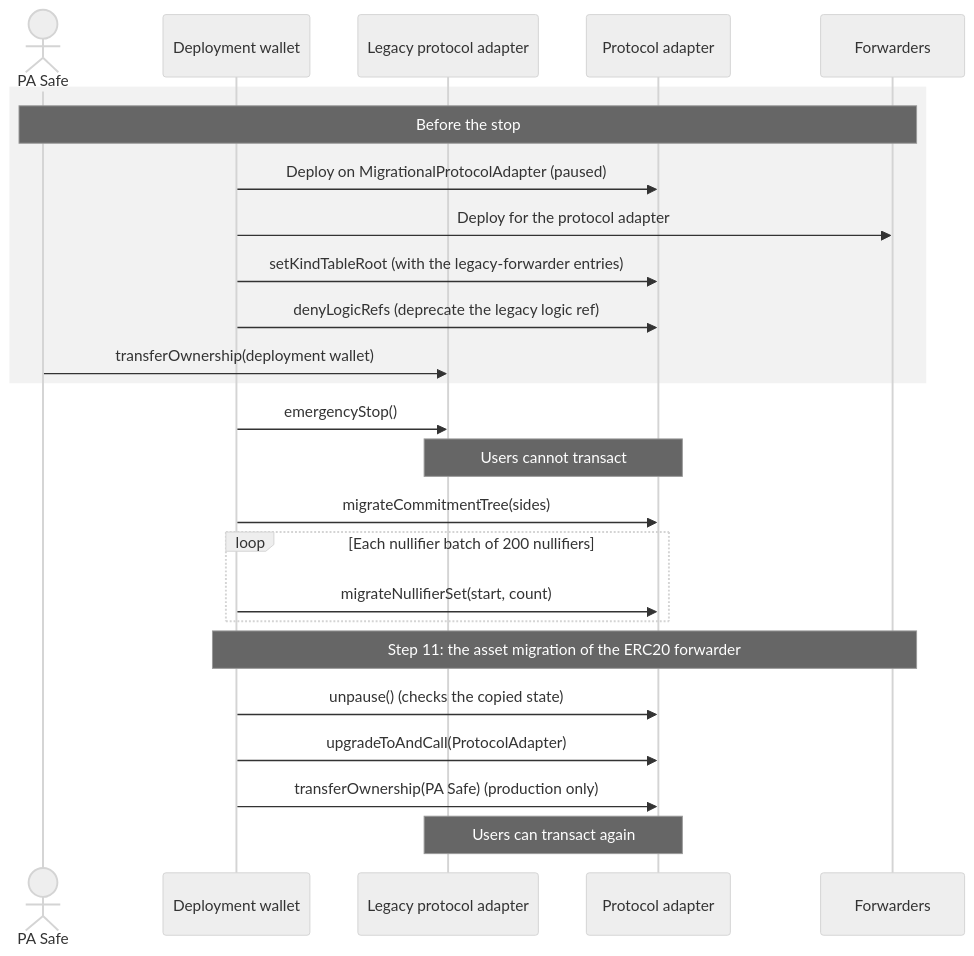
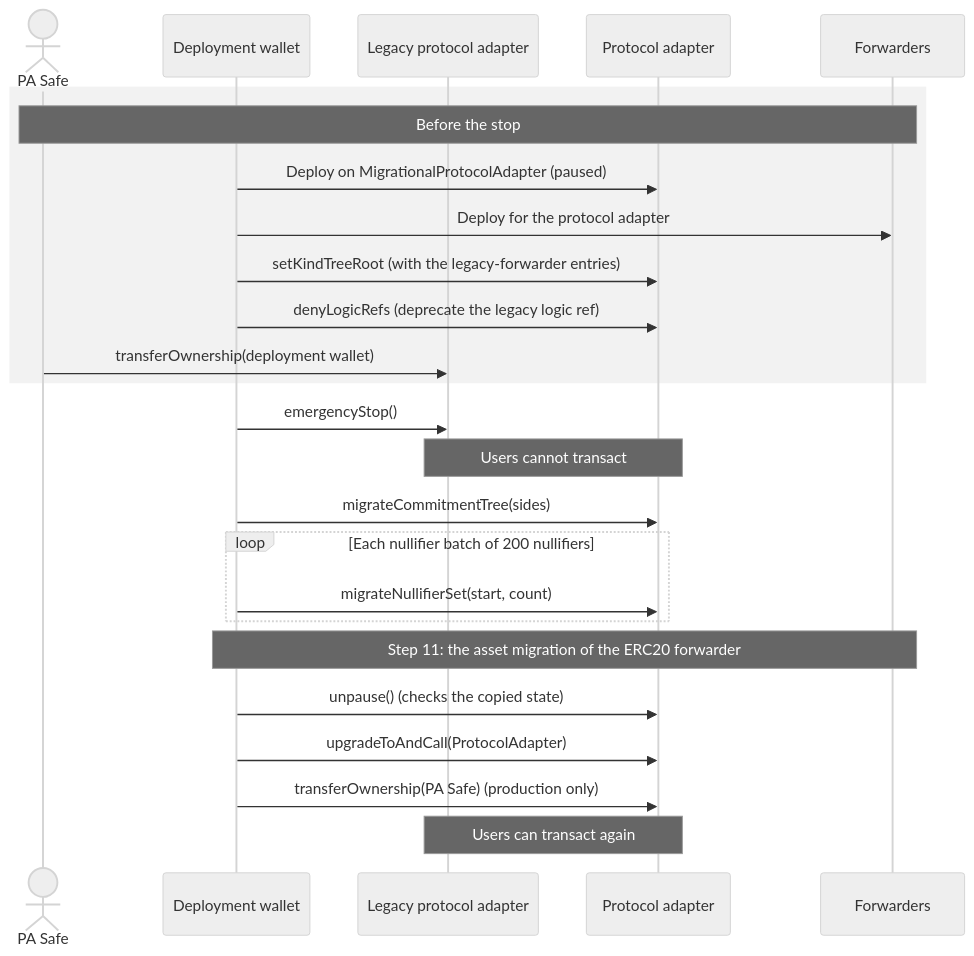
One commit to anoma/pa-evm changed the second of 3 diagrams in docs/01-state-migration.md. Above: the diagram before and after it, drawn with Mermaid (neutral theme). The commit also changed other lines of this file and 3 other files, not shown here.

Commit message:
docs: use the kind tree root names

````diff
--- a/docs/01-state-migration.md
+++ b/docs/01-state-migration.md
@@ -96,29 +96,29 @@
 ```mermaid
 sequenceDiagram
     actor PASafe as PA Safe
     participant Wallet as Deployment wallet
     participant Legacy as Legacy protocol adapter
     participant Proxy as Protocol adapter
     participant Fwd as Forwarders
 
     rect rgba(128,128,128,0.1)
     Note over PASafe,Fwd: Before the stop
     Wallet->>Proxy: Deploy on MigrationalProtocolAdapter (paused)
     Wallet->>Fwd: Deploy for the protocol adapter
-    Wallet->>Proxy: setKindTableRoot (with the legacy-forwarder entries)
+    Wallet->>Proxy: setKindTreeRoot (with the legacy-forwarder entries)
     Wallet->>Proxy: denyLogicRefs (deprecate the legacy logic ref)
     PASafe->>Legacy: transferOwnership(deployment wallet)
     end
 
     Wallet->>Legacy: emergencyStop()
     Note over Legacy,Proxy: Users cannot transact
     Wallet->>Proxy: migrateCommitmentTree(sides)
     loop Each nullifier batch of 200 nullifiers
         Wallet->>Proxy: migrateNullifierSet(start, count)
     end
     Note over Wallet,Fwd: Step 11: the asset migration of the ERC20 forwarder
     Wallet->>Proxy: unpause() (checks the copied state)
     Wallet->>Proxy: upgradeToAndCall(ProtocolAdapter)
     Wallet->>Proxy: transferOwnership(PA Safe) (production only)
     Note over Legacy,Proxy: Users can transact again
 ```
````
